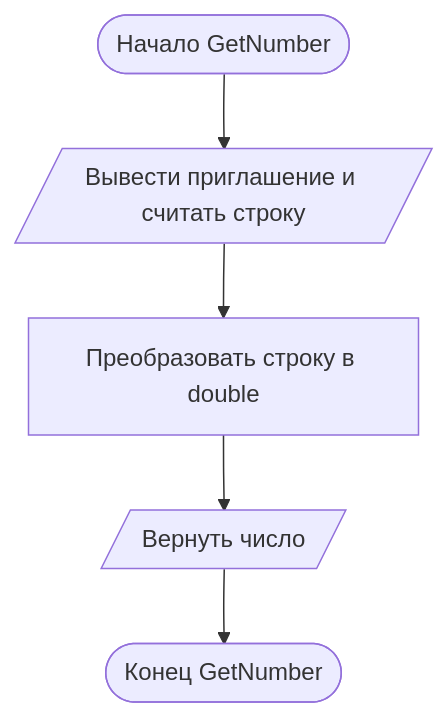
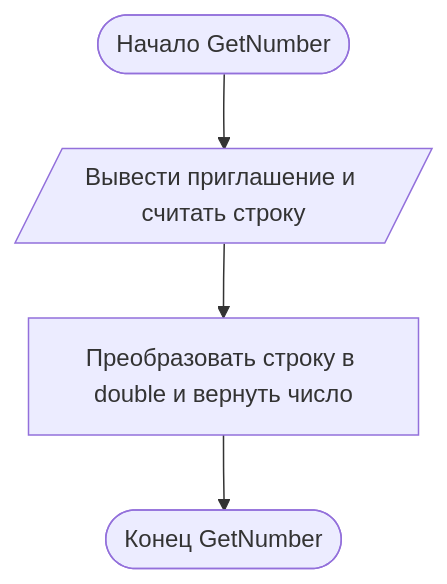
One commit to lonelyy228/algoritmization-ibd621-2-variant-25-rework changed the second of 4 diagrams in Task 1/Task 1-2/Отчёт.md. Above: the diagram before and after it, drawn with Mermaid. The commit also changed other lines of this file, not shown here.

Commit message:
Исправлены блок-схемы задания 1.2

````diff
--- a/Task 1/Task 1-2/Отчёт.md
+++ b/Task 1/Task 1-2/Отчёт.md
@@ -23,7 +23,6 @@
 ```mermaid
 flowchart TD
     A([Начало GetNumber]) --> B[/"Вывести приглашение и считать строку"/]
-    B --> C["Преобразовать строку в double"]
-    C --> D[/"Вернуть число"/]
-    D --> E([Конец GetNumber])
+    B --> C["Преобразовать строку в double и вернуть число"]
+    C --> D([Конец GetNumber])
 ```
````
